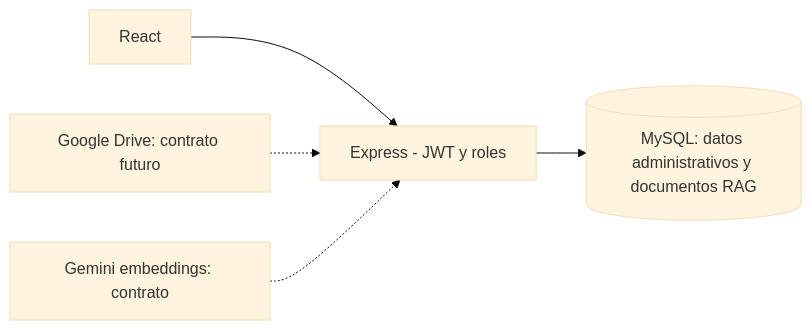
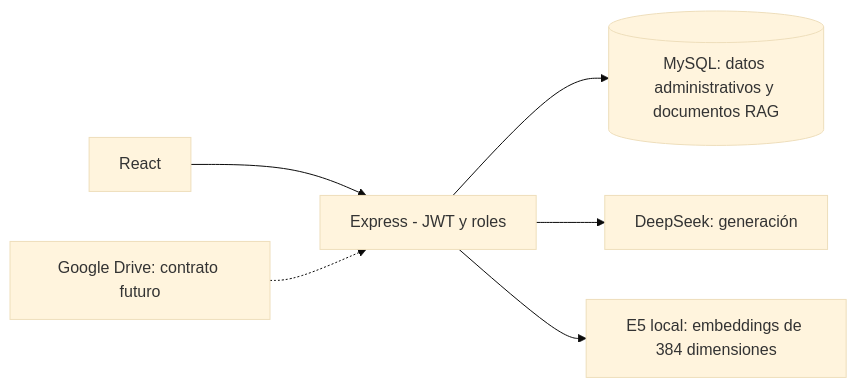
The first of 2 diagrams in docs/database-erd.md (salgueroreymond2-tech/miniproyecto-2-BE), drawn with Mermaid (base theme) before and after one commit. The commit also changed other lines of this file and 4 other files, not shown here.

Commit message:
docs: record deepseek and local embeddings

````diff
--- a/docs/database-erd.md
+++ b/docs/database-erd.md
@@ -3,7 +3,8 @@
 ```mermaid
 flowchart LR
   UI[React] --> API[Express - JWT y roles]
   API --> MYSQL[(MySQL: datos administrativos y documentos RAG)]
   DRIVE[Google Drive: contrato futuro] -.-> API
-  GEMINI[Gemini embeddings: contrato] -.-> API
+  API --> DEEPSEEK[DeepSeek: generación]
+  API --> E5[E5 local: embeddings de 384 dimensiones]
 ```
````
